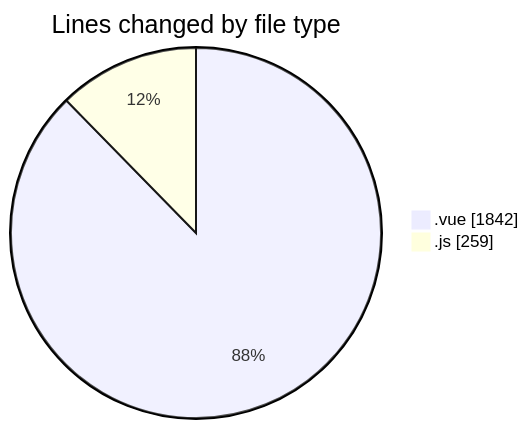
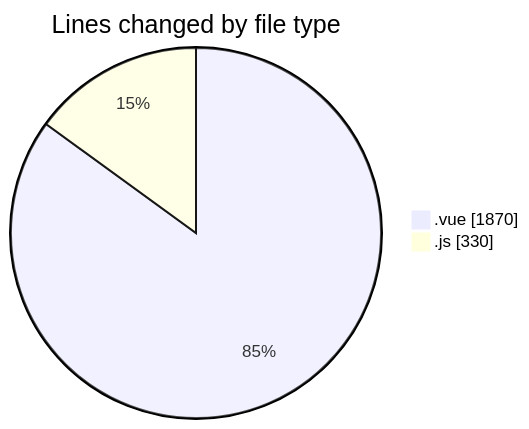
The first of 2 diagrams in 2025-07-14/rentotp/README.md (lephambinh05/code-tracking), drawn with Mermaid before and after one commit. The commit also changed other lines of this file and 1 other file, not shown here.

````diff
--- a/2025-07-14/rentotp/README.md
+++ b/2025-07-14/rentotp/README.md
@@ -26,6 +27,6 @@
 ```mermaid
 pie showData
 title Lines changed by file type
-".vue" : 1842
-".js" : 259
+".vue" : 1870
+".js" : 330
 ```
````
